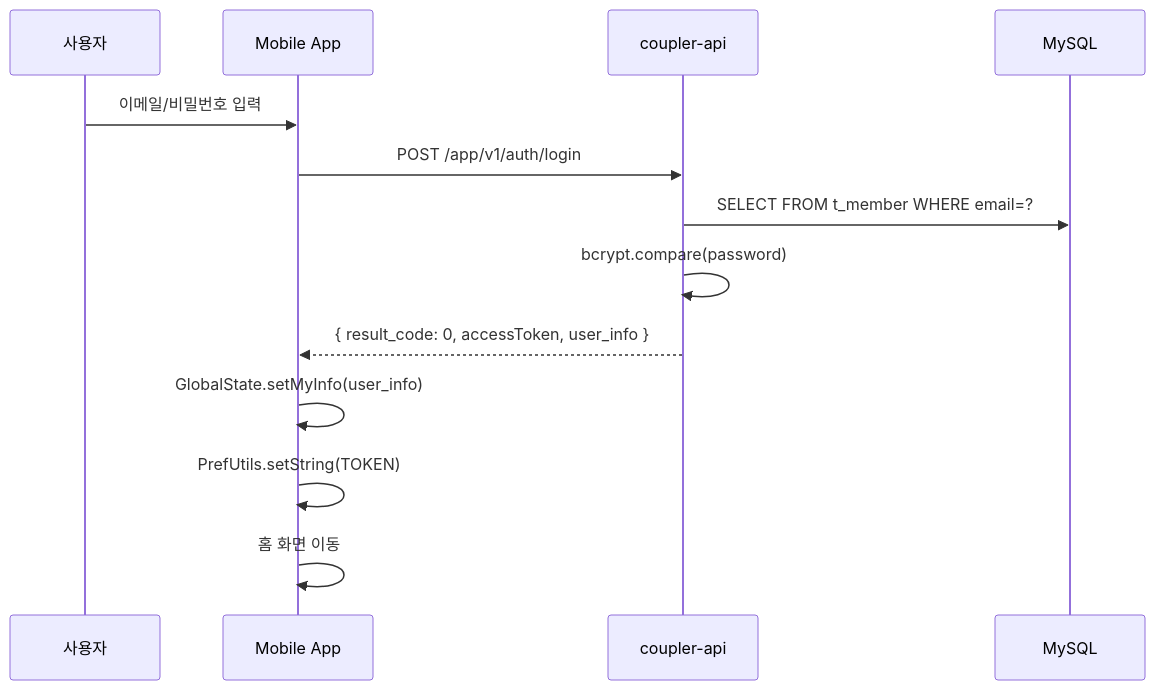
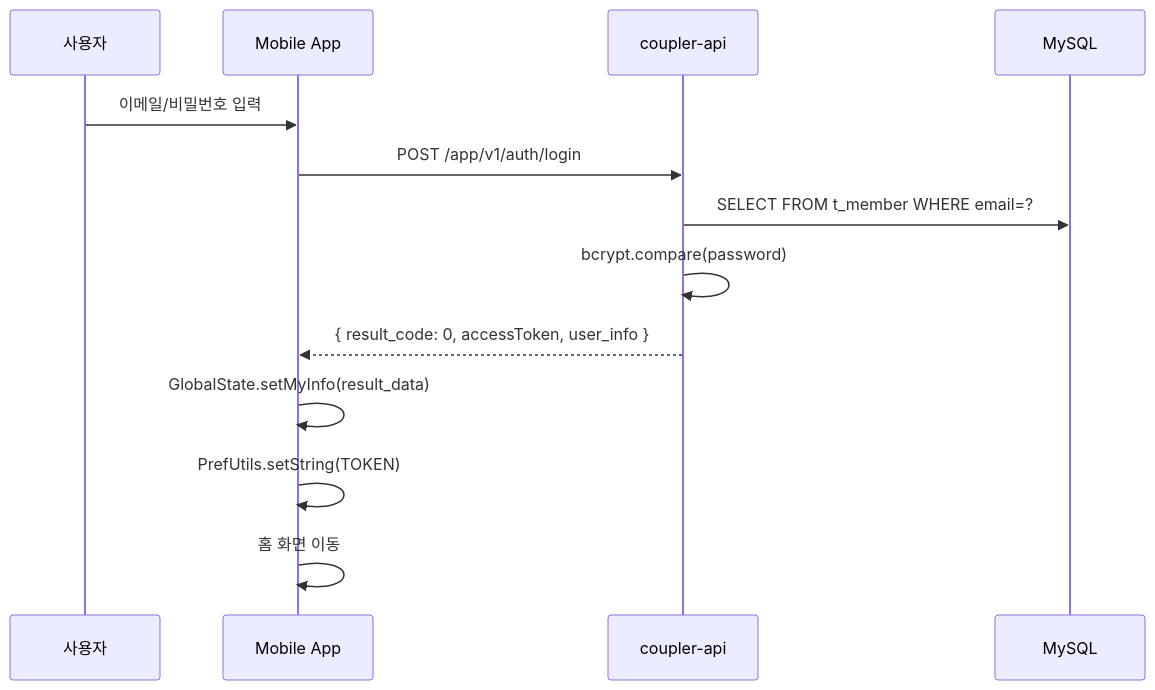
The diagram in content/flows/coupler-mobile-app/user-authentication-flow.md (coupler-developer/docs), drawn with Mermaid before and after one commit. The commit also changed other lines of this file and 3 other files, not shown here.

First line of the commit message:
docs: 회원 심사 FSM/플로우 정합성 정리

````diff
--- a/content/flows/coupler-mobile-app/user-authentication-flow.md
+++ b/content/flows/coupler-mobile-app/user-authentication-flow.md
@@ -9,16 +9,16 @@
 ```mermaid
 sequenceDiagram
     participant User as 사용자
     participant App as Mobile App
     participant API as coupler-api
     participant DB as MySQL
 
     User->>App: 이메일/비밀번호 입력
     App->>API: POST /app/v1/auth/login
     API->>DB: SELECT FROM t_member WHERE email=?
     API->>API: bcrypt.compare(password)
     API-->>App: { result_code: 0, accessToken, user_info }
-    App->>App: GlobalState.setMyInfo(user_info)
+    App->>App: GlobalState.setMyInfo(result_data)
     App->>App: PrefUtils.setString(TOKEN)
     App->>App: 홈 화면 이동
 ```
````
